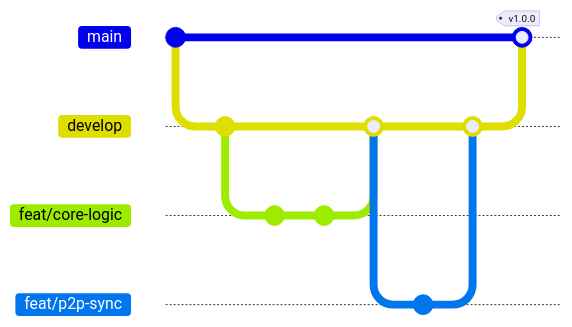
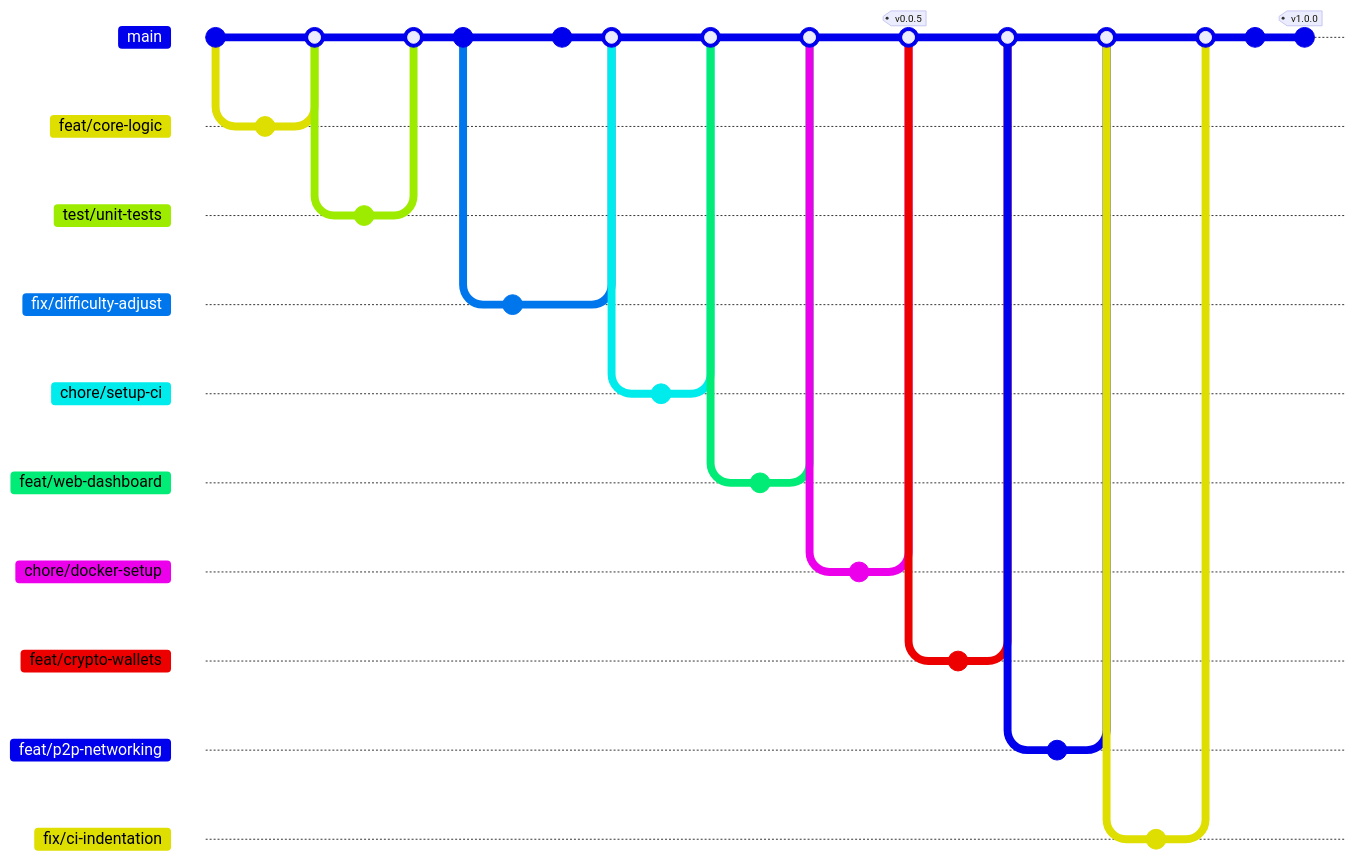
The third of 3 diagrams in README.md (LusmicSam/python-blockchain-core), drawn with Mermaid before and after one commit. The commit also changed other lines of this file and 10 other files, not shown here. Commit ids are hidden.

````diff
--- a/README.md
+++ b/README.md
@@ -178,20 +178,63 @@
 ```mermaid
 gitGraph
-    commit
-    branch develop
-    checkout develop
-    commit
-    branch feat/core-logic
-    checkout feat/core-logic
-    commit id: "Init Blockchain"
-    commit id: "Add Hashing"
-    checkout develop
-    merge feat/core-logic
-    branch feat/p2p-sync
-    checkout feat/p2p-sync
-    commit id: "Add Flask API"
-    checkout develop
-    merge feat/p2p-sync
-    checkout main
-    merge develop tag: "v1.0.0"
+   commit id: "Init Project"
+   
+   branch feat/core-logic
+   checkout feat/core-logic
+   commit id: "Blockchain Class"
+   checkout main
+   merge feat/core-logic
+   
+   branch test/unit-tests
+   checkout test/unit-tests
+   commit id: "Add Tests"
+   checkout main
+   merge test/unit-tests
+   
+   commit id: "Global Config"
+   branch fix/difficulty-adjust
+   checkout fix/difficulty-adjust
+   commit id: "Diff=2 (Fix)"
+   checkout main
+   commit id: "Diff=10 (Perf)"
+   merge fix/difficulty-adjust id: "Conflict Resolution"
+   
+   branch chore/setup-ci
+   checkout chore/setup-ci
+   commit id: "Github Actions"
+   checkout main
+   merge chore/setup-ci
+   
+   branch feat/web-dashboard
+   checkout feat/web-dashboard
+   commit id: "Streamlit UI"
+   checkout main
+   merge feat/web-dashboard
+   
+   branch chore/docker-setup
+   checkout chore/docker-setup
+   commit id: "Dockerfile"
+   checkout main
+   merge chore/docker-setup tag: "v0.0.5"
+   
+   branch feat/crypto-wallets
+   checkout feat/crypto-wallets
+   commit id: "ECDSA Keys"
+   checkout main
+   merge feat/crypto-wallets
+   
+   branch feat/p2p-networking
+   checkout feat/p2p-networking
+   commit id: "Flask API"
+   checkout main
+   merge feat/p2p-networking
+   
+   branch fix/ci-indentation
+   checkout fix/ci-indentation
+   commit id: "Fix API Indent"
+   checkout main
+   merge fix/ci-indentation
+   
+   commit id: "Refactor & Docs"
+   commit id: "Final Polish" tag: "v1.0.0"
 ```
````
